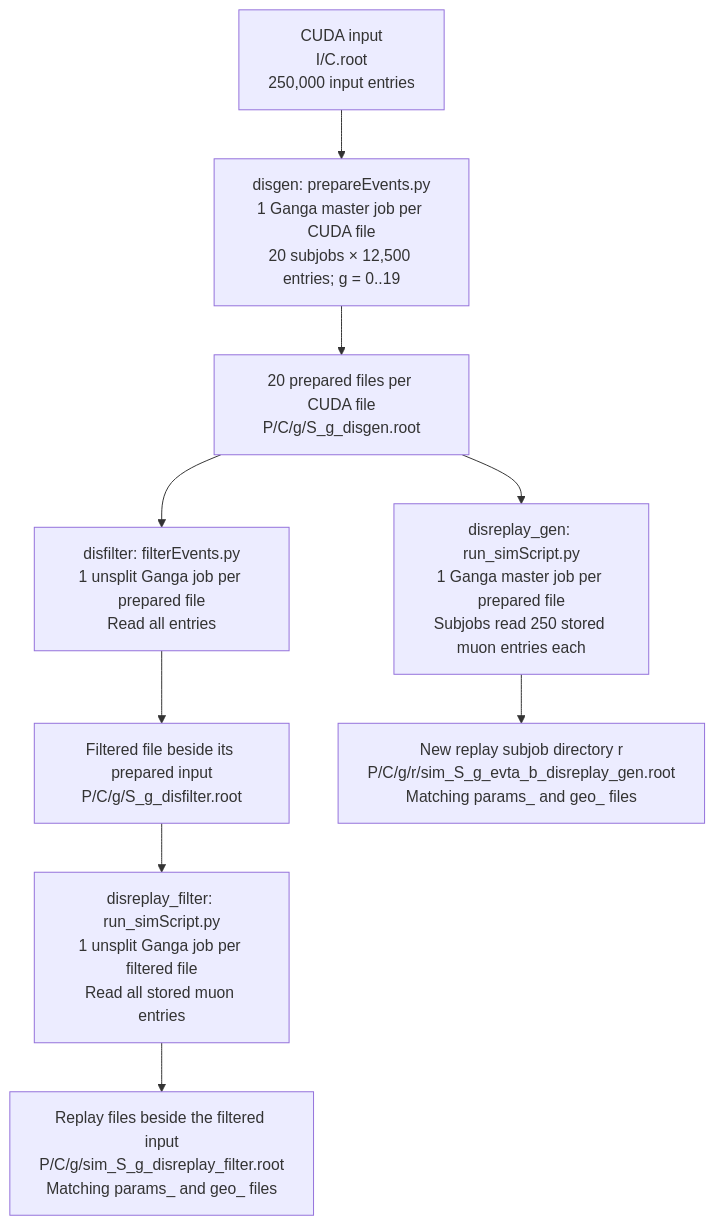
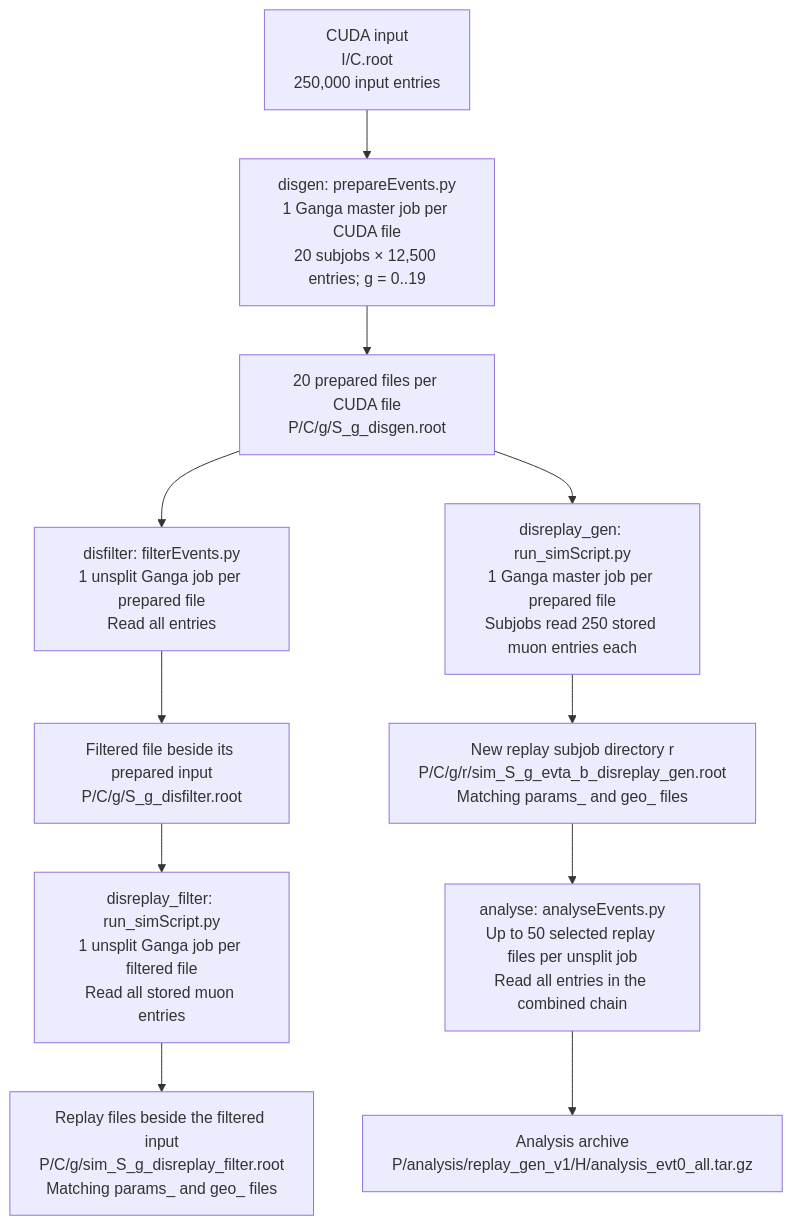
One commit to amagnan/htcondor_submission_scripts changed the diagram in NewMuonDIS/production/directory-structure.md. Above: the diagram before and after it, drawn with Mermaid. The commit also changed other lines of this file and 8 other files, not shown here.

Commit message:
feat/fix: improve job handling for resubmission, add analysis stage

````diff
--- a/NewMuonDIS/production/directory-structure.md
+++ b/NewMuonDIS/production/directory-structure.md
@@ -30,16 +36,19 @@
 ```mermaid
 flowchart TD
     CUDA["CUDA input<br/>I/C.root<br/>250,000 input entries"]
     GEN["disgen: prepareEvents.py<br/>1 Ganga master job per CUDA file<br/>20 subjobs × 12,500 entries; g = 0..19"]
     GFILE["20 prepared files per CUDA file<br/>P/C/g/S_g_disgen.root"]
     FILTER["disfilter: filterEvents.py<br/>1 unsplit Ganga job per prepared file<br/>Read all entries"]
     FFILE["Filtered file beside its prepared input<br/>P/C/g/S_g_disfilter.root"]
     RGEN["disreplay_gen: run_simScript.py<br/>1 Ganga master job per prepared file<br/>Subjobs read 250 stored muon entries each"]
     RGOUT["New replay subjob directory r<br/>P/C/g/r/sim_S_g_evta_b_disreplay_gen.root<br/>Matching params_ and geo_ files"]
     RFILTER["disreplay_filter: run_simScript.py<br/>1 unsplit Ganga job per filtered file<br/>Read all stored muon entries"]
     RFOUT["Replay files beside the filtered input<br/>P/C/g/sim_S_g_disreplay_filter.root<br/>Matching params_ and geo_ files"]
+    ANALYSIS["analyse: analyseEvents.py<br/>Up to 50 selected replay files per unsplit job<br/>Read all entries in the combined chain"]
+    ARCHIVE["Analysis archive<br/>P/analysis/replay_gen_v1/H/analysis_evt0_all.tar.gz"]
 
     CUDA --> GEN --> GFILE
     GFILE --> FILTER --> FFILE --> RFILTER --> RFOUT
     GFILE --> RGEN --> RGOUT
+    RGOUT --> ANALYSIS --> ARCHIVE
 ```
````
